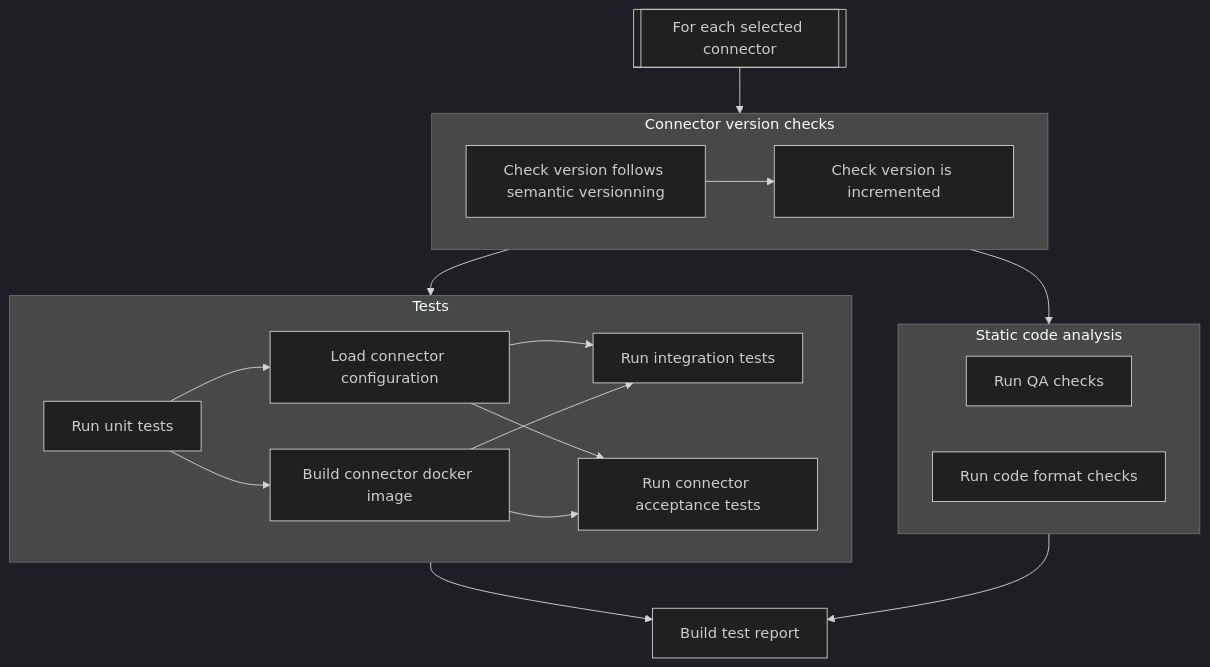
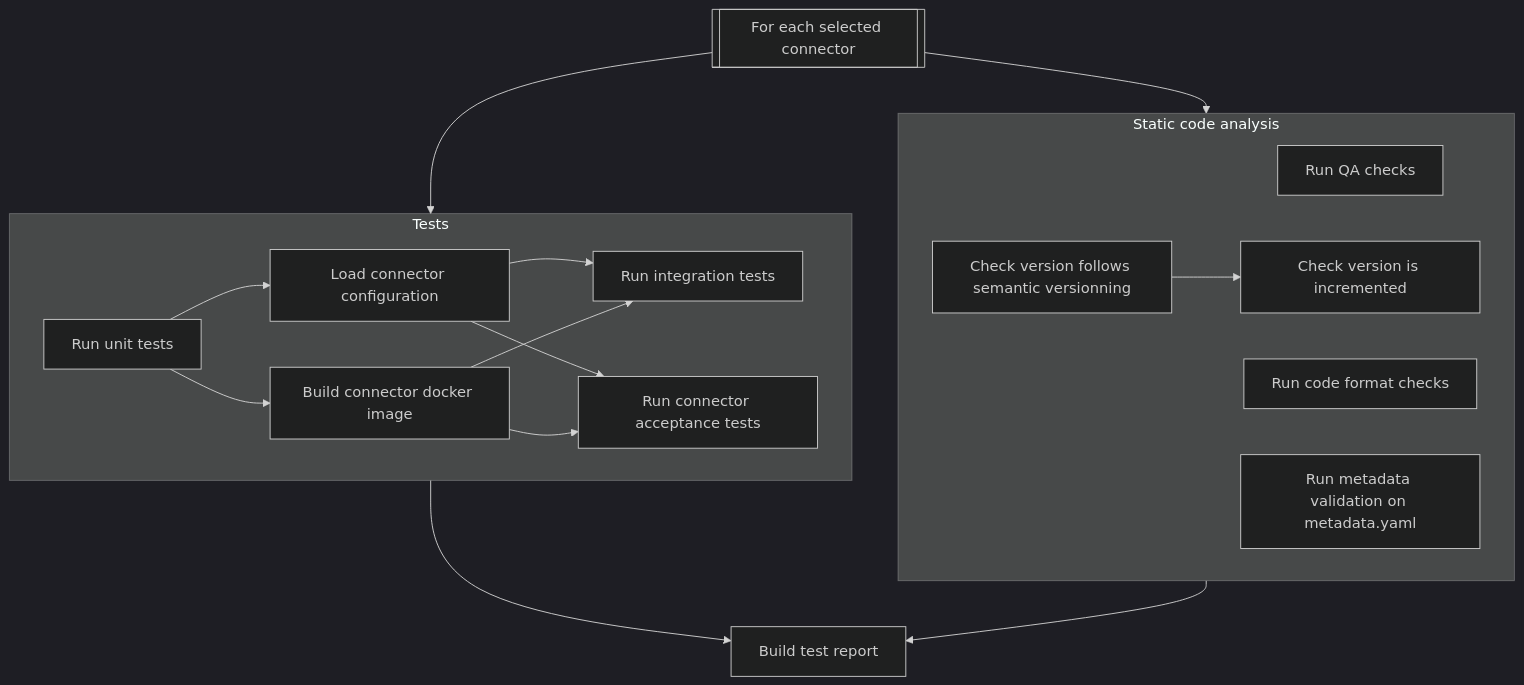
Before and after one commit to airbytehq/airbyte: the first of 5 diagrams in tools/ci_connector_ops/ci_connector_ops/pipelines/README.md, drawn with Mermaid (dark theme). The commit also changed 1 other file, not shown here.

Commit message:
connectors-ci: run metadata validation on test

````diff
--- a/tools/ci_connector_ops/ci_connector_ops/pipelines/README.md
+++ b/tools/ci_connector_ops/ci_connector_ops/pipelines/README.md
@@ -134,33 +134,31 @@
 ```mermaid
 flowchart TD
     entrypoint[[For each selected connector]]
-    subgraph version ["Connector version checks"]
-        sem["Check version follows semantic versionning"]
-        incr["Check version is incremented"]
-        sem --> incr
-    end
     subgraph static ["Static code analysis"]
       qa[Run QA checks]
       fmt[Run code format checks]
+      sem["Check version follows semantic versionning"]
+      incr["Check version is incremented"]
+      metadata_validation["Run metadata validation on metadata.yaml"]
+      sem --> incr
     end
     subgraph tests ["Tests"]
         build[Build connector docker image]
         unit[Run unit tests]
         integration[Run integration tests]
         cat[Run connector acceptance tests]
         secret[Load connector configuration]
 
         unit-->secret
         unit-->build
         secret-->integration
         secret-->cat
         build-->integration
         build-->cat
     end
-    entrypoint-->version
-    version-->static
-    version-->tests
+    entrypoint-->static
+    entrypoint-->tests
     report["Build test report"]
     tests-->report
     static-->report
 ```
````
